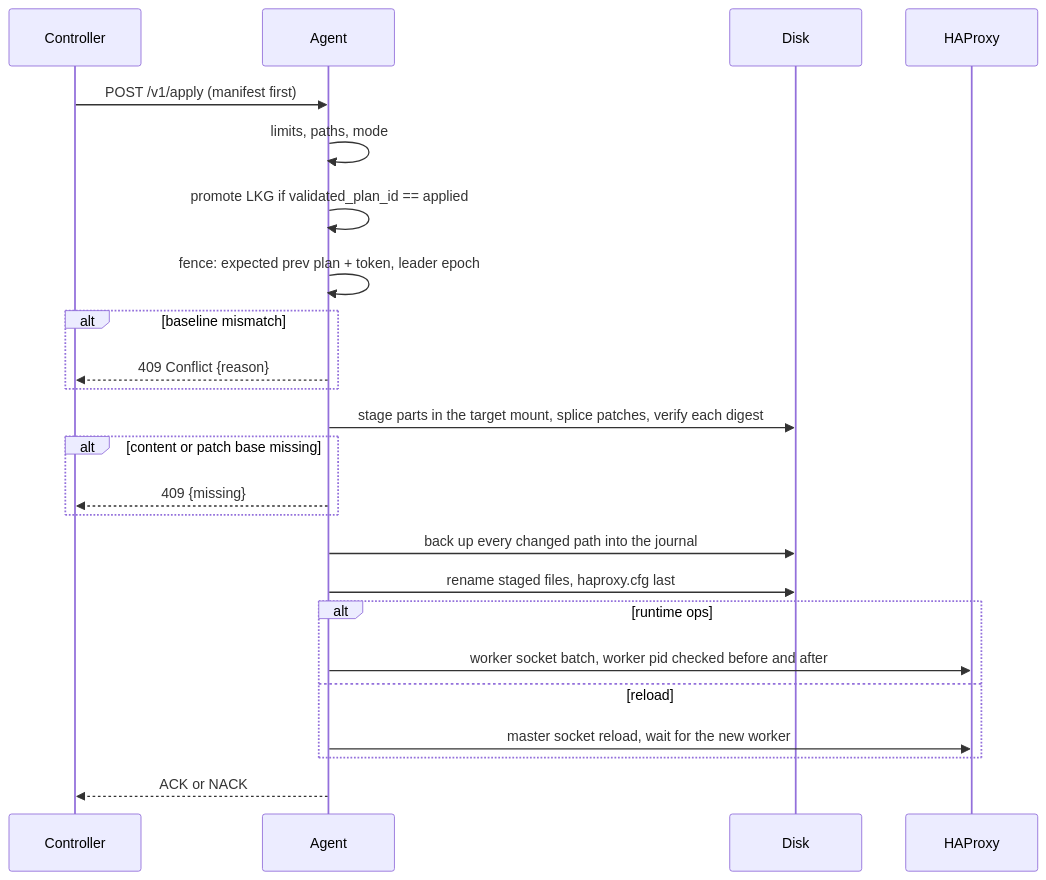
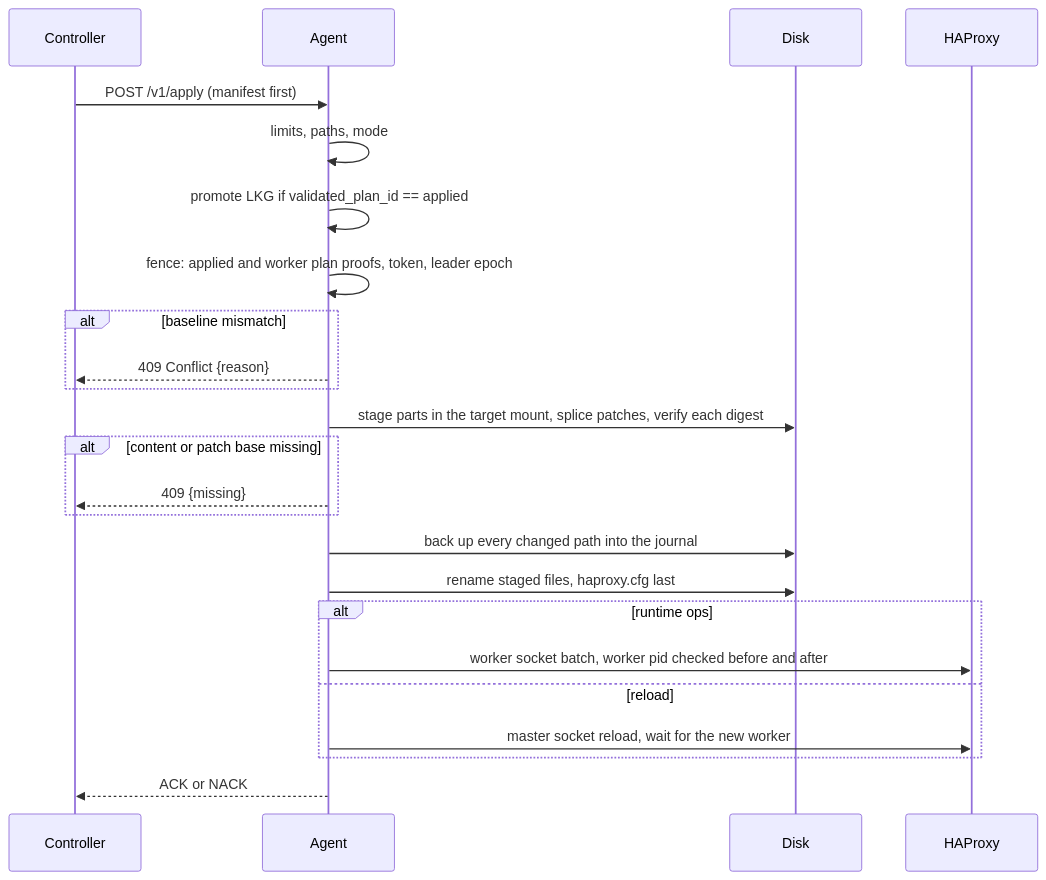
The first of 2 diagrams in docs/site/docs/development/agent.md (HAProxy-Template-IC/haproxy-template-ingress-controller), drawn with Mermaid before and after one commit. The commit also changed other lines of this file and 15 other files, not shown here.

Commit message:
fix(agent): fence automatic applies against worker reloads

````diff
--- a/docs/site/docs/development/agent.md
+++ b/docs/site/docs/development/agent.md
@@ -146,27 +148,27 @@
 ```mermaid
 sequenceDiagram
     participant C as Controller
     participant A as Agent
     participant D as Disk
     participant H as HAProxy
 
     C->>A: POST /v1/apply (manifest first)
     A->>A: limits, paths, mode
     A->>A: promote LKG if validated_plan_id == applied
-    A->>A: fence: expected prev plan + token, leader epoch
+    A->>A: fence: applied and worker plan proofs, token, leader epoch
     alt baseline mismatch
         A-->>C: 409 Conflict {reason}
     end
     A->>D: stage parts in the target mount, splice patches, verify each digest
     alt content or patch base missing
         A-->>C: 409 {missing}
     end
     A->>D: back up every changed path into the journal
     A->>D: rename staged files, haproxy.cfg last
     alt runtime ops
         A->>H: worker socket batch, worker pid checked before and after
     else reload
         A->>H: master socket reload, wait for the new worker
     end
     A-->>C: ACK or NACK
 ```
````
